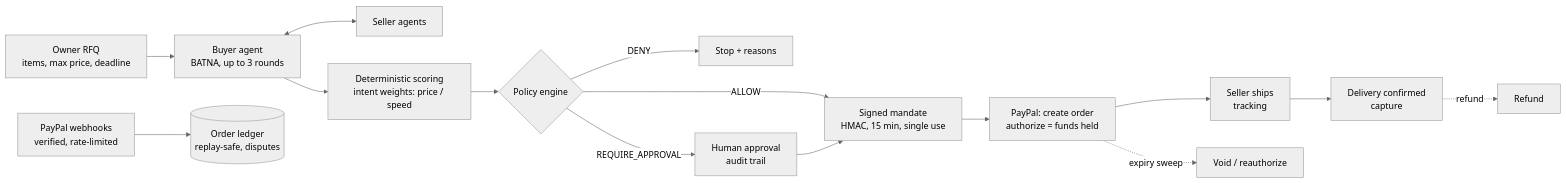
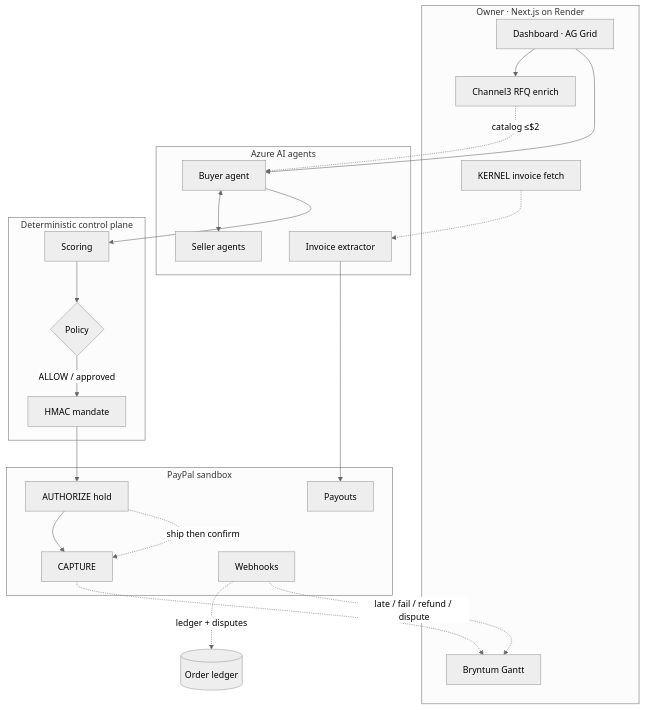
The diagram in README.md (suhail39ahmed/agentic-procurement), drawn with Mermaid (neutral theme) before and after one commit. The commit also changed other lines of this file and 4 other files, not shown here.

First line of the commit message:
docs: Devpost pack, cover art, and logo architecture diagram

````diff
--- a/README.md
+++ b/README.md
@@ -42,17 +46,39 @@
 ```mermaid
-flowchart LR
-    O[Owner RFQ<br/>items, max price, deadline] --> B[Buyer agent<br/>BATNA, up to 3 rounds]
-    B <--> S[Seller agents]
-    B --> SC[Deterministic scoring<br/>intent weights: price / speed]
-    SC --> PE{Policy engine}
-    PE -- DENY --> X[Stop + reasons]
-    PE -- REQUIRE_APPROVAL --> H[Human approval<br/>audit trail]
-    PE -- ALLOW --> M[Signed mandate<br/>HMAC, 15 min, single use]
-    H --> M
-    M --> PP[PayPal: create order<br/>authorize = funds held]
-    PP --> SH[Seller ships<br/>tracking]
-    SH --> C[Delivery confirmed<br/>capture]
-    PP -. expiry sweep .-> V[Void / reauthorize]
-    C -. refund .-> R[Refund]
-    WH[PayPal webhooks<br/>verified, rate-limited] --> L[(Order ledger<br/>replay-safe, disputes)]
+flowchart TB
+  subgraph Owner["Owner · Next.js on Render"]
+    UI[Dashboard · AG Grid]
+    C3[Channel3 RFQ enrich]
+    KN[KERNEL invoice fetch]
+    BG[Bryntum Gantt]
+  end
+
+  subgraph Agents["Azure AI agents"]
+    B[Buyer agent]
+    S[Seller agents]
+    EX[Invoice extractor]
+  end
+
+  subgraph Govern["Deterministic control plane"]
+    SC[Scoring]
+    PE{Policy}
+    M[HMAC mandate]
+  end
+
+  subgraph PayPal["PayPal sandbox"]
+    AUTH[AUTHORIZE hold]
+    CAP[CAPTURE]
+    PO[Payouts]
+    WH[Webhooks]
+  end
+
+  UI --> C3 -.->|catalog ≤$2| B
+  UI --> B
+  B <--> S
+  B --> SC --> PE
+  PE -->|ALLOW / approved| M --> AUTH --> CAP
+  AUTH -.->|ship then confirm| CAP
+  KN -.-> EX --> PO
+  WH -.->|ledger + disputes| L[(Order ledger)]
+  WH -.->|late / fail / refund / dispute| BG
+  CAP -.-> BG
 ```
````
